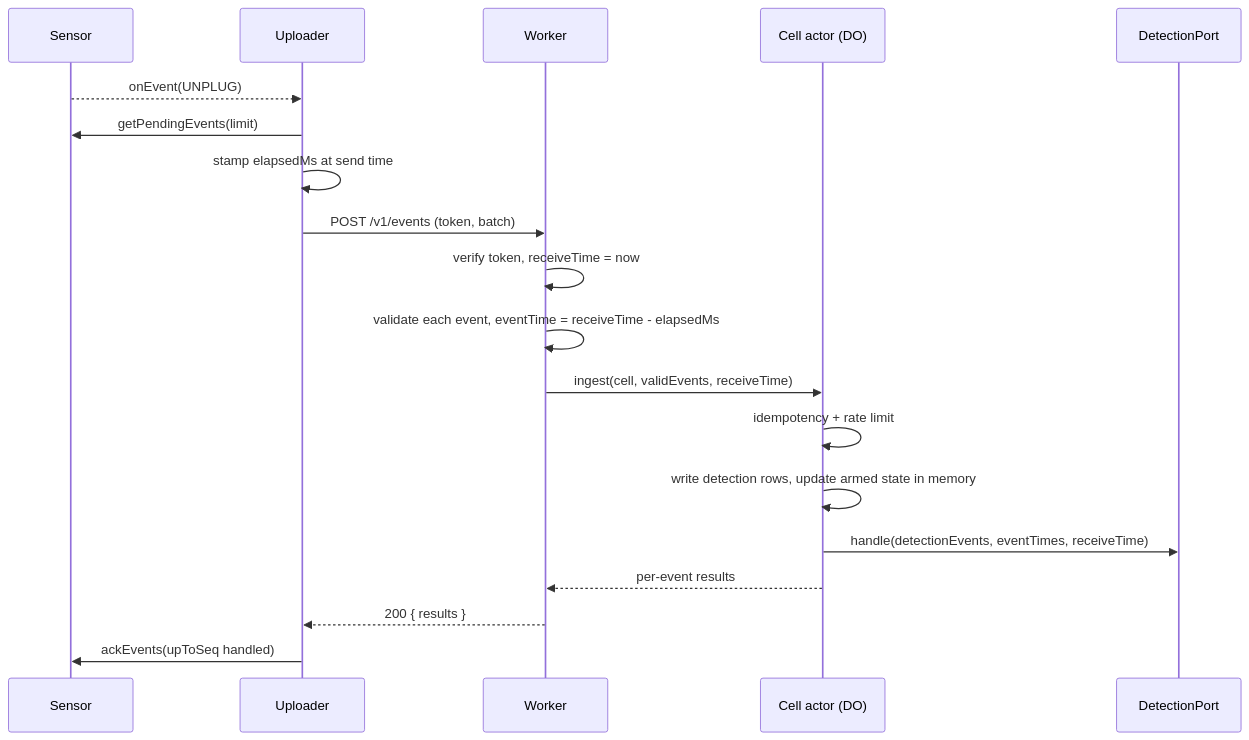
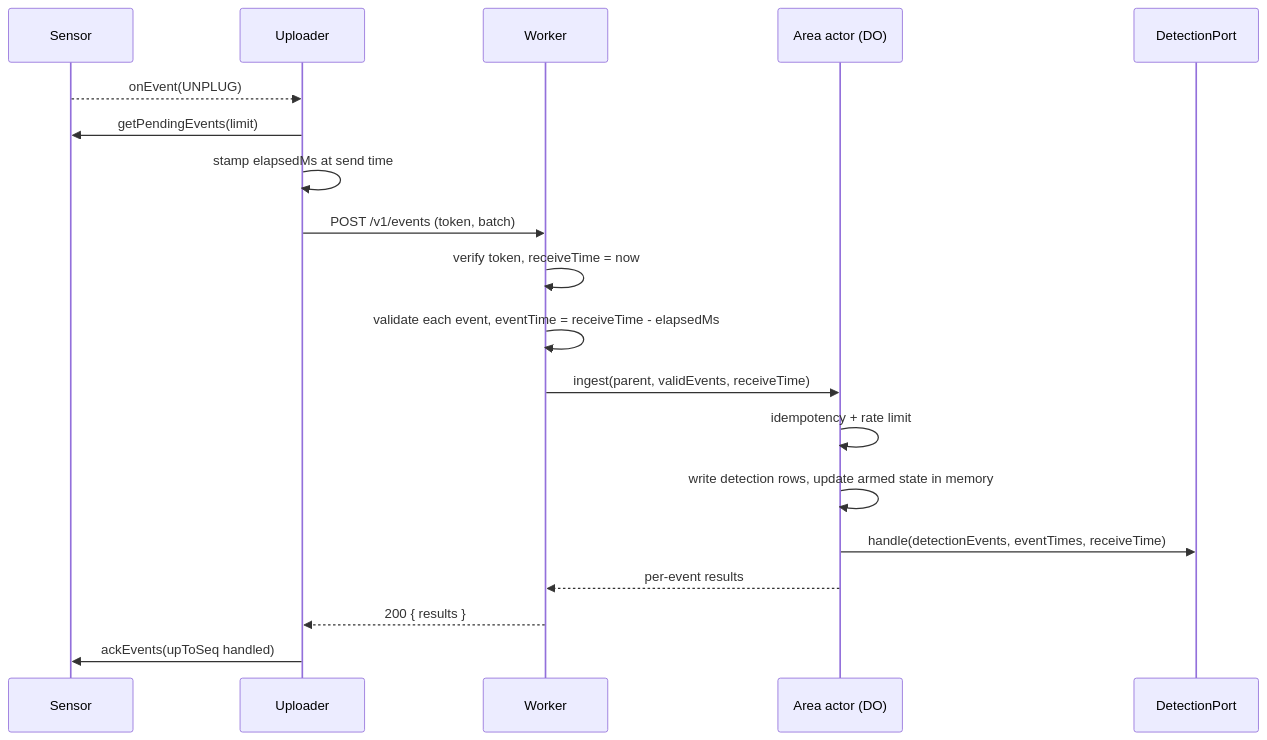
One commit to 3akare/outage changed the third of 6 diagrams in .kiro/specs/event-ingest/design.md. Above: the diagram before and after it, drawn with Mermaid. The commit also changed other lines of this file and 50 other files, not shown here.

Commit message:
feat: area-cells helpers and public view, web page kit and pages, onboarding flow, alarm strings [spec:area-cells,web-and-area-pages,onboarding,alerts-and-light-alarm task:batch]

````diff
--- a/.kiro/specs/event-ingest/design.md
+++ b/.kiro/specs/event-ingest/design.md
@@ -106,22 +106,22 @@
 ```mermaid
 sequenceDiagram
     participant Sensor
     participant U as Uploader
     participant W as Worker
-    participant C as Cell actor (DO)
+    participant C as Area actor (DO)
     participant D as DetectionPort
 
     Sensor-->>U: onEvent(UNPLUG)
     U->>Sensor: getPendingEvents(limit)
     U->>U: stamp elapsedMs at send time
     U->>W: POST /v1/events (token, batch)
     W->>W: verify token, receiveTime = now
     W->>W: validate each event, eventTime = receiveTime - elapsedMs
-    W->>C: ingest(cell, validEvents, receiveTime)
+    W->>C: ingest(parent, validEvents, receiveTime)
     C->>C: idempotency + rate limit
     C->>C: write detection rows, update armed state in memory
     C->>D: handle(detectionEvents, eventTimes, receiveTime)
     C-->>W: per-event results
     W-->>U: 200 { results }
     U->>Sensor: ackEvents(upToSeq handled)
 ```
````
